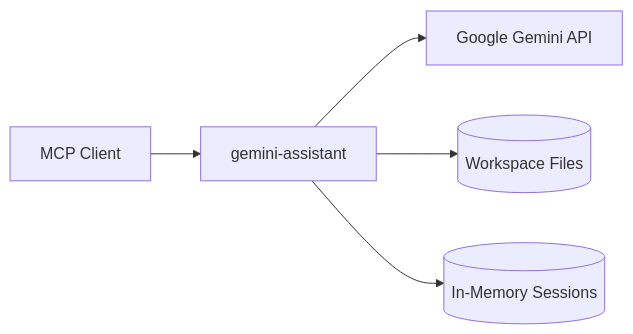
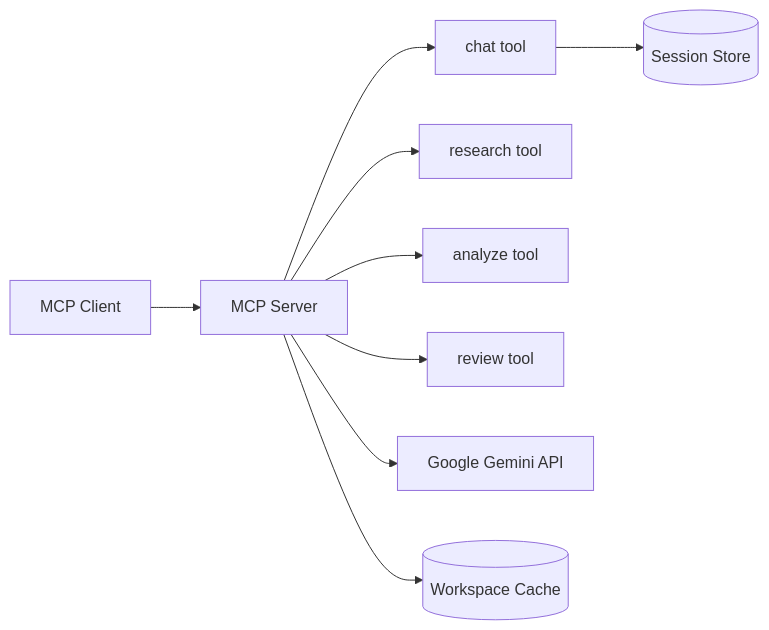
One commit to j0hanz/gemini-assistant changed the diagram in README.md. Above: the diagram before and after it, drawn with Mermaid. The commit also changed other lines of this file, not shown here.

````diff
--- a/README.md
+++ b/README.md
@@ -127,7 +97,11 @@
 ```mermaid
 flowchart LR
-    Client[MCP Client] --> Server[gemini-assistant]
+    Client[MCP Client] --> Server[MCP Server]
+    Server --> Chat[chat tool]
+    Server --> Research[research tool]
+    Server --> Analyze[analyze tool]
+    Server --> Review[review tool]
+    Chat --> Sessions[(Session Store)]
     Server --> Gemini[Google Gemini API]
-    Server --> Workspace[(Workspace Files)]
-    Server --> Sessions[(In-Memory Sessions)]
+    Server --> Workspace[(Workspace Cache)]
 ```
````
